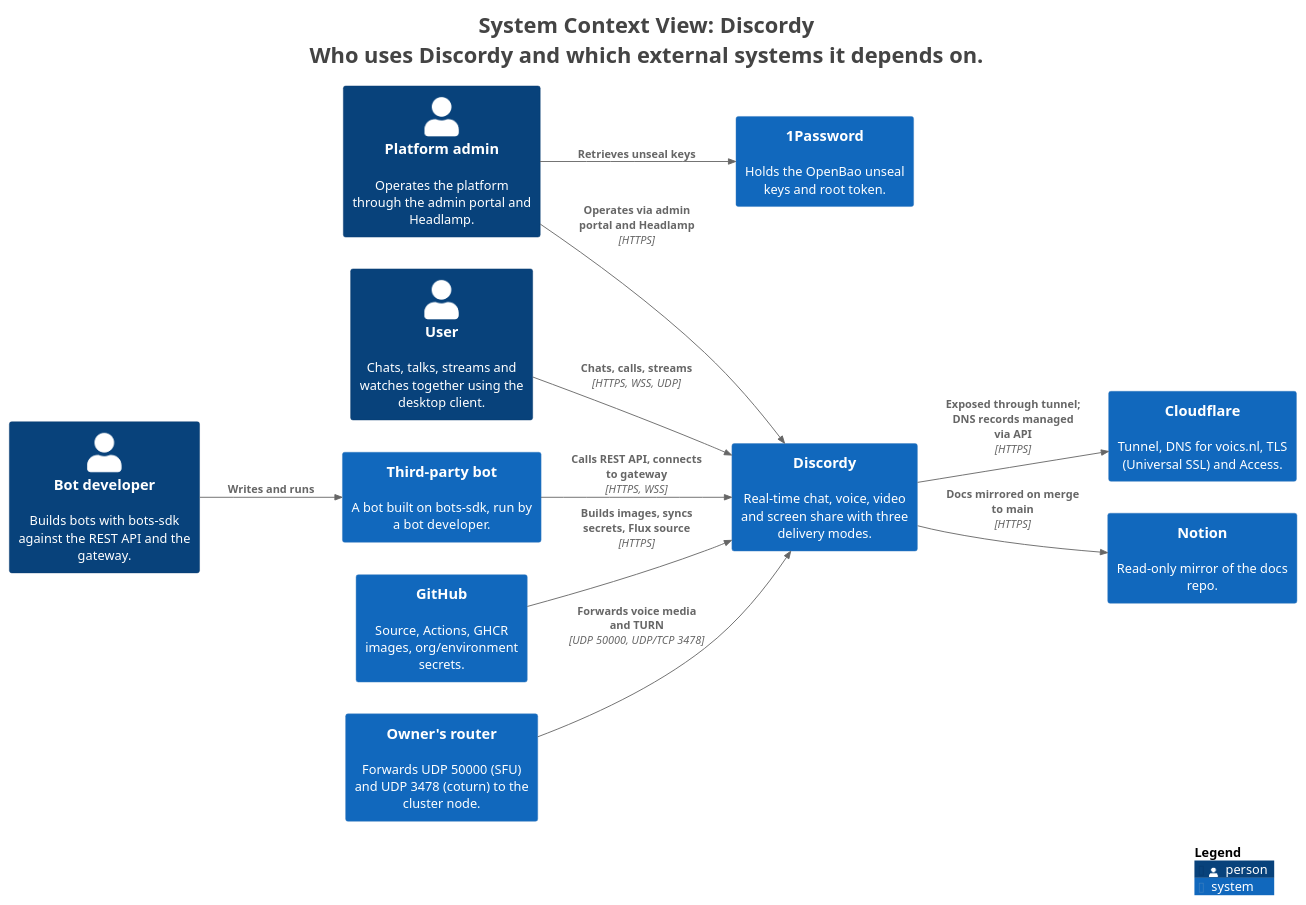
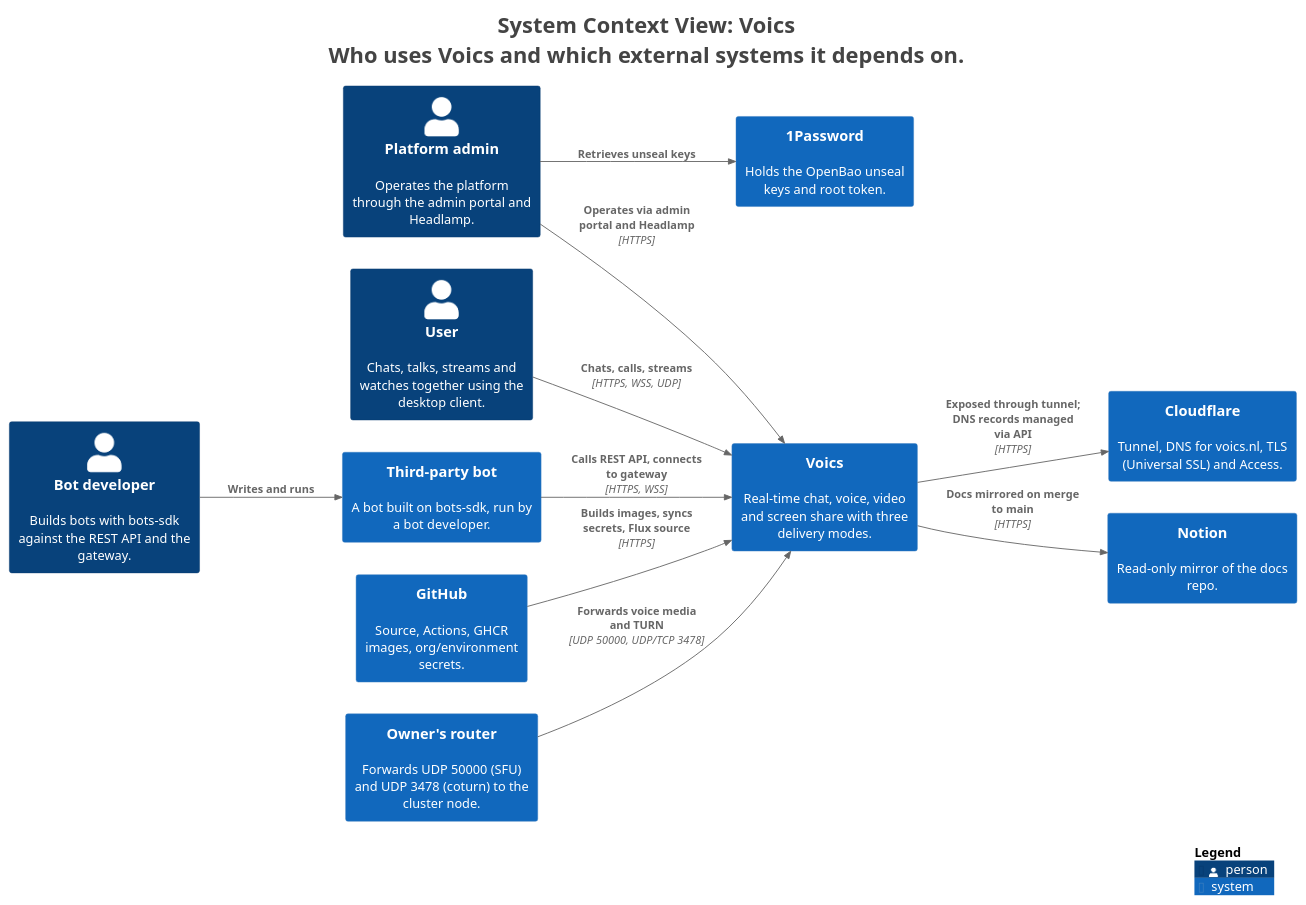
Before and after one commit to voics-app/docs: the diagram in c4/rendered/structurizr-C1-SystemContext.puml, drawn with PlantUML. The commit also changed 48 other files, not shown here.

Commit message:
Name the system Voics in the C4 model and re-render diagrams (docs#135 stage 1 follow-up)

```diff
--- a/c4/rendered/structurizr-C1-SystemContext.puml
+++ b/c4/rendered/structurizr-C1-SystemContext.puml
@@ -1,40 +1,40 @@
 @startuml
-title <size:24>System Context View: Discordy</size>\n<size:24>Who uses Discordy and which external systems it depends on.</size>
+title <size:24>System Context View: Voics</size>\n<size:24>Who uses Voics and which external systems it depends on.</size>
 
 set separator none
 left to right direction
 
 <style>
   root {
     BackgroundColor: #ffffff
     FontColor: #444444
   }
 </style>
 
 !include <C4/C4>
 !include <C4/C4_Context>
 
 Person(User, "User", $descr="Chats, talks, streams and watches together using the desktop client.", $tags="", $link="")
-System(Discordy, "Discordy", $descr="Real-time chat, voice, video and screen share with three delivery modes.", $tags="", $link="")
+System(Voics, "Voics", $descr="Real-time chat, voice, video and screen share with three delivery modes.", $tags="", $link="")
 Person(Botdeveloper, "Bot developer", $descr="Builds bots with bots-sdk against the REST API and the gateway.", $tags="", $link="")
 Person(Platformadmin, "Platform admin", $descr="Operates the platform through the admin portal and Headlamp.", $tags="", $link="")
 System(Cloudflare, "Cloudflare", $descr="Tunnel, DNS for voics.nl, TLS (Universal SSL) and Access.", $tags="", $link="")
 System(GitHub, "GitHub", $descr="Source, Actions, GHCR images, org/environment secrets.", $tags="", $link="")
 System(Notion, "Notion", $descr="Read-only mirror of the docs repo.", $tags="", $link="")
 System(Ownersrouter, "Owner's router", $descr="Forwards UDP 50000 (SFU) and UDP 3478 (coturn) to the cluster node.", $tags="", $link="")
 System(Thirdpartybot, "Third-party bot", $descr="A bot built on bots-sdk, run by a bot developer.", $tags="", $link="")
 System(1Password, "1Password", $descr="Holds the OpenBao unseal keys and root token.", $tags="", $link="")
 
-Rel(User, Discordy, "Chats, calls, streams", $techn="HTTPS, WSS, UDP", $tags="", $link="")
+Rel(User, Voics, "Chats, calls, streams", $techn="HTTPS, WSS, UDP", $tags="", $link="")
 Rel(Botdeveloper, Thirdpartybot, "Writes and runs", $techn="", $tags="", $link="")
-Rel(Thirdpartybot, Discordy, "Calls REST API, connects to gateway", $techn="HTTPS, WSS", $tags="", $link="")
-Rel(Platformadmin, Discordy, "Operates via admin portal and Headlamp", $techn="HTTPS", $tags="", $link="")
-Rel(Discordy, Cloudflare, "Exposed through tunnel; DNS records managed via API", $techn="HTTPS", $tags="", $link="")
-Rel(Ownersrouter, Discordy, "Forwards voice media and TURN", $techn="UDP 50000, UDP/TCP 3478", $tags="", $link="")
-Rel(GitHub, Discordy, "Builds images, syncs secrets, Flux source", $techn="HTTPS", $tags="", $link="")
-Rel(Discordy, Notion, "Docs mirrored on merge to main", $techn="HTTPS", $tags="", $link="")
+Rel(Thirdpartybot, Voics, "Calls REST API, connects to gateway", $techn="HTTPS, WSS", $tags="", $link="")
+Rel(Platformadmin, Voics, "Operates via admin portal and Headlamp", $techn="HTTPS", $tags="", $link="")
+Rel(Voics, Cloudflare, "Exposed through tunnel; DNS records managed via API", $techn="HTTPS", $tags="", $link="")
+Rel(Ownersrouter, Voics, "Forwards voice media and TURN", $techn="UDP 50000, UDP/TCP 3478", $tags="", $link="")
+Rel(GitHub, Voics, "Builds images, syncs secrets, Flux source", $techn="HTTPS", $tags="", $link="")
+Rel(Voics, Notion, "Docs mirrored on merge to main", $techn="HTTPS", $tags="", $link="")
 Rel(Platformadmin, 1Password, "Retrieves unseal keys", $techn="", $tags="", $link="")
 
 SHOW_LEGEND(true)
 hide stereotypes
 @enduml
```
